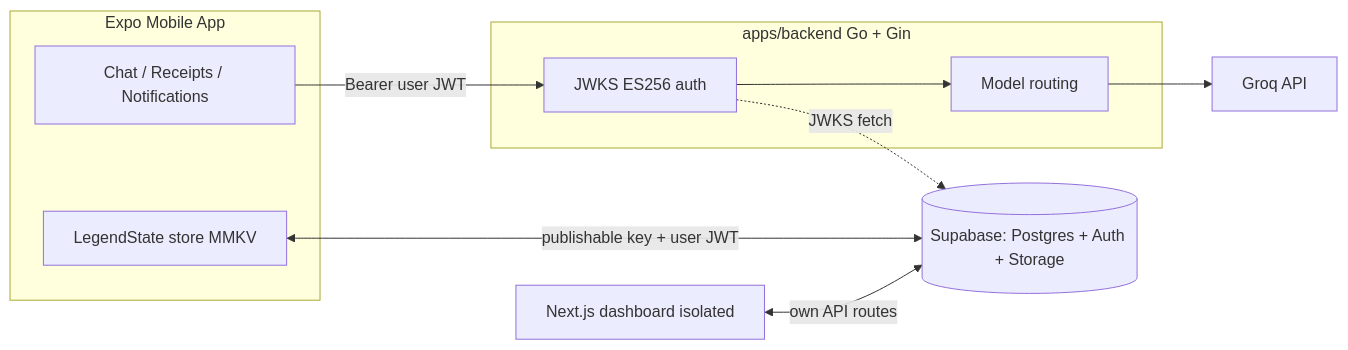
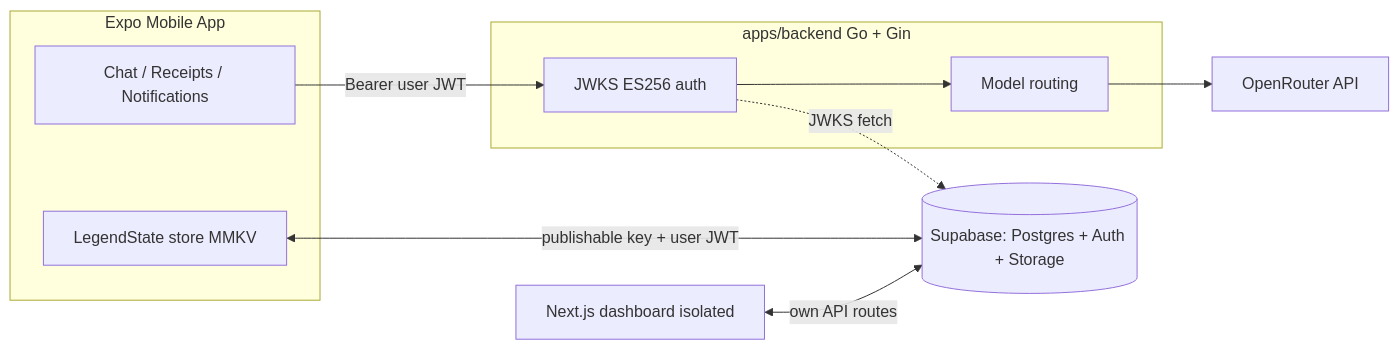
One commit to Kaiz404/Moni-Alpha changed the diagram in docs/ARCHITECTURE.md. Above: the diagram before and after it, drawn with Mermaid. The commit also changed other lines of this file and 20 other files, not shown here.

First line of the commit message:
feat(backend): serve every AI flow with deepseek-v4.1-flash on OpenRouter

````diff
--- a/docs/ARCHITECTURE.md
+++ b/docs/ARCHITECTURE.md
@@ -7,19 +7,19 @@
 ```mermaid
 flowchart LR
   subgraph mobile [Expo Mobile App]
     chat[Chat / Receipts / Notifications]
     legend[LegendState store MMKV]
   end
   subgraph gobackend [apps/backend Go + Gin]
     authmw[JWKS ES256 auth]
     router[Model routing]
   end
-  groq[Groq API]
+  llm[OpenRouter API]
   supa[(Supabase: Postgres + Auth + Storage)]
   web[Next.js dashboard isolated]
 
-  chat -->|"Bearer user JWT"| authmw --> router --> groq
+  chat -->|"Bearer user JWT"| authmw --> router --> llm
   legend <-->|"publishable key + user JWT"| supa
   web <-->|"own API routes"| supa
   authmw -.->|"JWKS fetch"| supa
 ```
````
